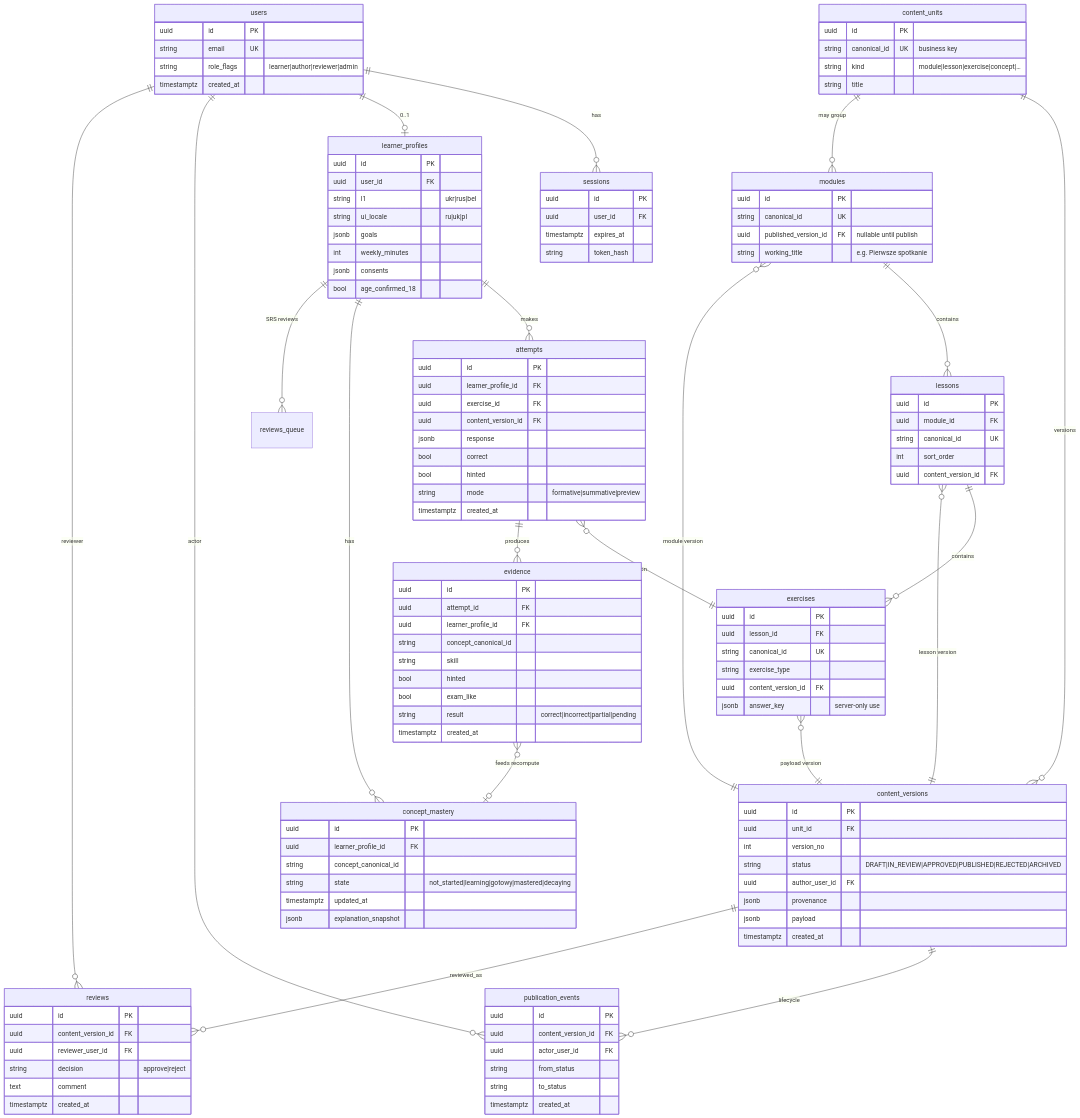
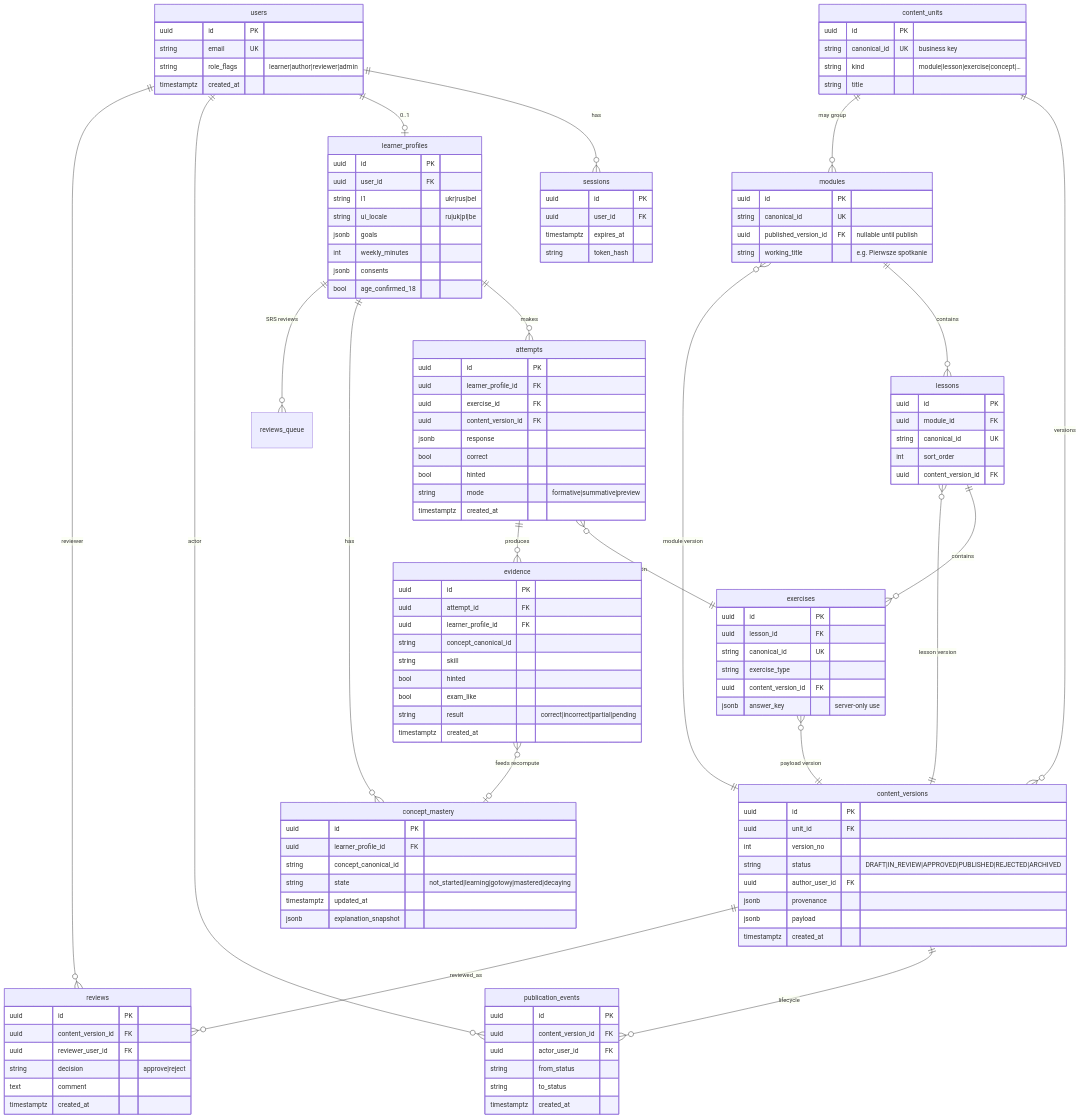
The diagram in docs/architecture/data-model.md (IvanStabronik/PolishApp), drawn with Mermaid before and after one commit. The commit also changed other lines of this file and 5 other files, not shown here.

```diff
--- a/docs/architecture/data-model.md
+++ b/docs/architecture/data-model.md
@@ -55,7 +55,7 @@
     uuid id PK
     uuid user_id FK
     string l1 "ukr|rus|bel"
-    string ui_locale "ru|uk|pl"
+    string ui_locale "ru|uk|pl|be"
     jsonb goals
     int weekly_minutes
     jsonb consents
```
